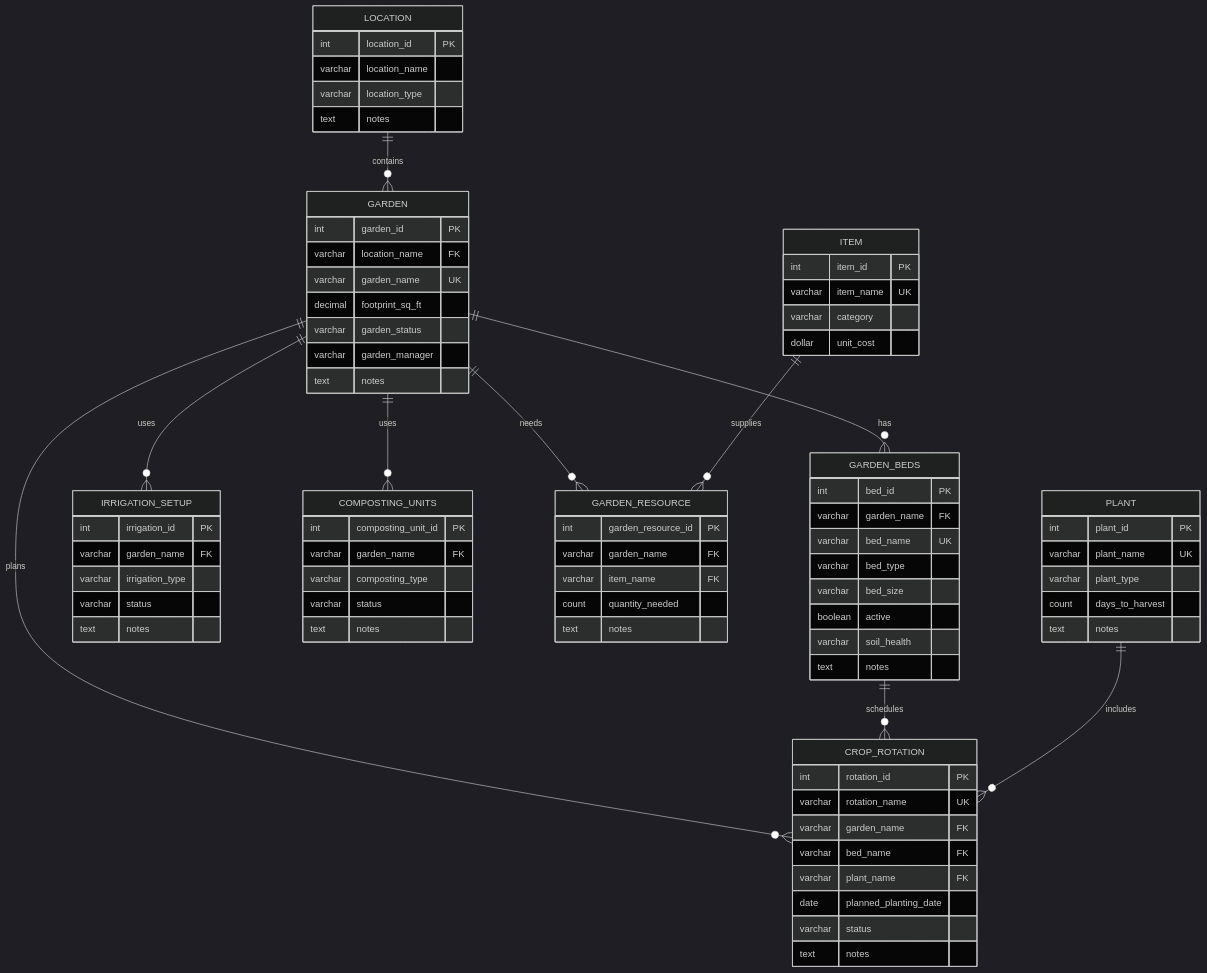
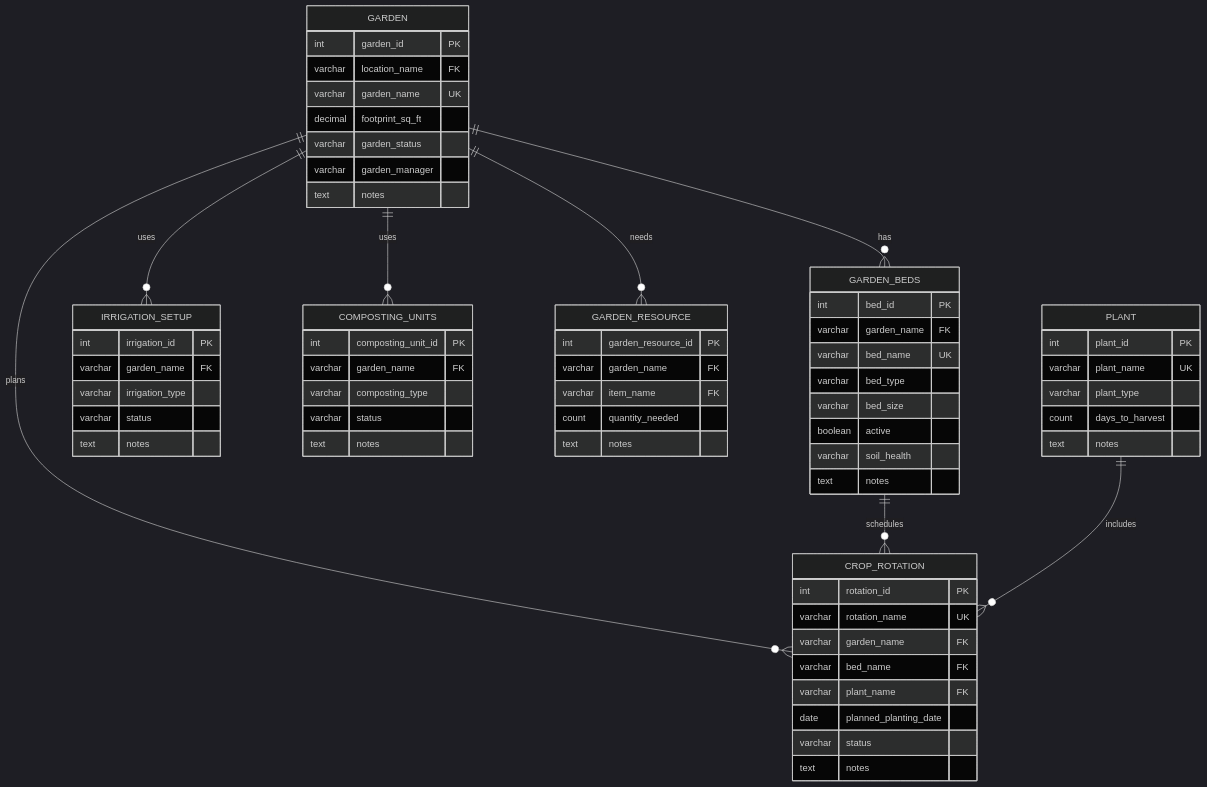
The second of 2 diagrams in README.md (CrisOrnelas99/Garden-Database), drawn with Mermaid (dark theme) before and after one commit.

Commit message:
Update garden schema by removing LOCATION and ITEM
Removed LOCATION and ITEM entities from the garden schema diagram.

````diff
--- a/README.md
+++ b/README.md
@@ -95,21 +95,13 @@
 ```mermaid
 erDiagram
-    LOCATION ||--o{ GARDEN : contains
     GARDEN ||--o{ GARDEN_BEDS : has
     GARDEN ||--o{ IRRIGATION_SETUP : uses
     GARDEN ||--o{ COMPOSTING_UNITS : uses
     GARDEN ||--o{ GARDEN_RESOURCE : needs
-    ITEM ||--o{ GARDEN_RESOURCE : supplies
     GARDEN ||--o{ CROP_ROTATION : plans
     GARDEN_BEDS ||--o{ CROP_ROTATION : schedules
     PLANT ||--o{ CROP_ROTATION : includes
 
-    LOCATION {
-        int location_id PK
-        varchar location_name
-        varchar location_type
-        text notes
-    }
 
     GARDEN {
         int garden_id PK
@@ -148,13 +140,6 @@
         text notes
     }
 
-    ITEM {
-        int item_id PK
-        varchar item_name UK
-        varchar category
-        dollar unit_cost
-    }
-
     GARDEN_RESOURCE {
         int garden_resource_id PK
         varchar garden_name FK
````
